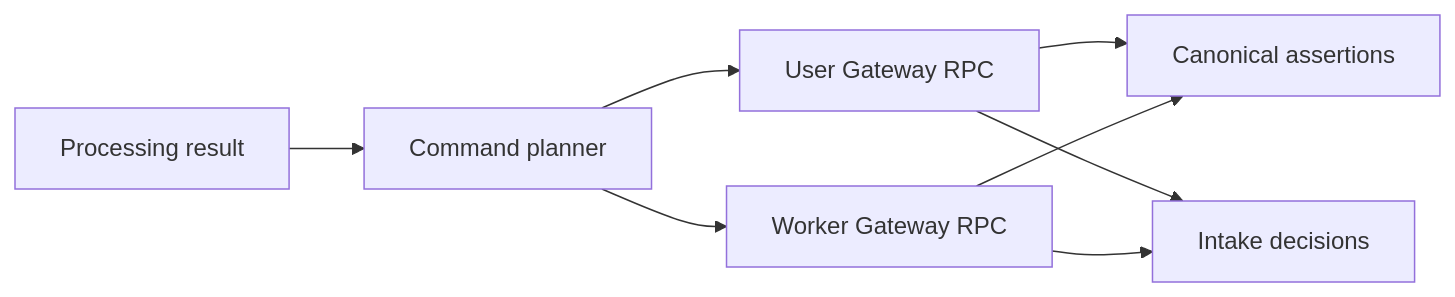
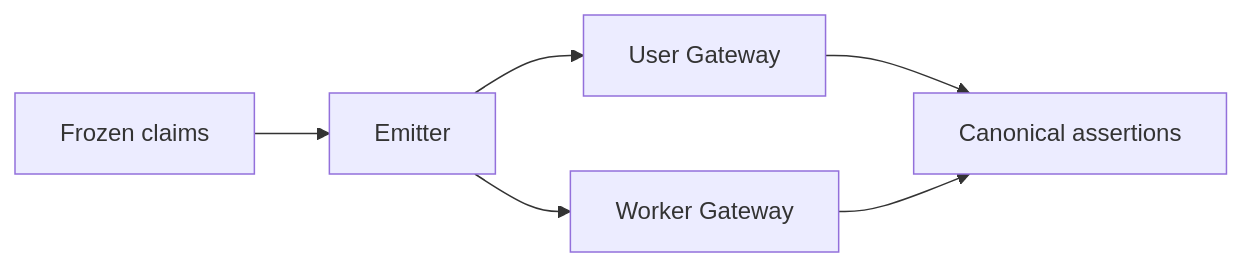
Diagram 11 of 12 in docs/memory-system/10-memory-processing-design.md (NicolVii/ContextVault), drawn with Mermaid before and after one commit. The commit also changed other lines of this file, not shown here.

First line of the commit message:
docs: correct Stage 10 processing freeze and authority contracts

````diff
--- a/docs/memory-system/10-memory-processing-design.md
+++ b/docs/memory-system/10-memory-processing-design.md
@@ -1666,10 +1284,8 @@
 ```mermaid
 flowchart LR
-  P[Processing result] --> Plan[Command planner]
-  Plan --> U[User Gateway RPC]
-  Plan --> W[Worker Gateway RPC]
+  FZ[Frozen claims] --> Em[Emitter]
+  Em --> U[User Gateway]
+  Em --> W[Worker Gateway]
   U --> CAS[Canonical assertions]
   W --> CAS
-  U --> IN[Intake decisions]
-  W --> IN
 ```
````
